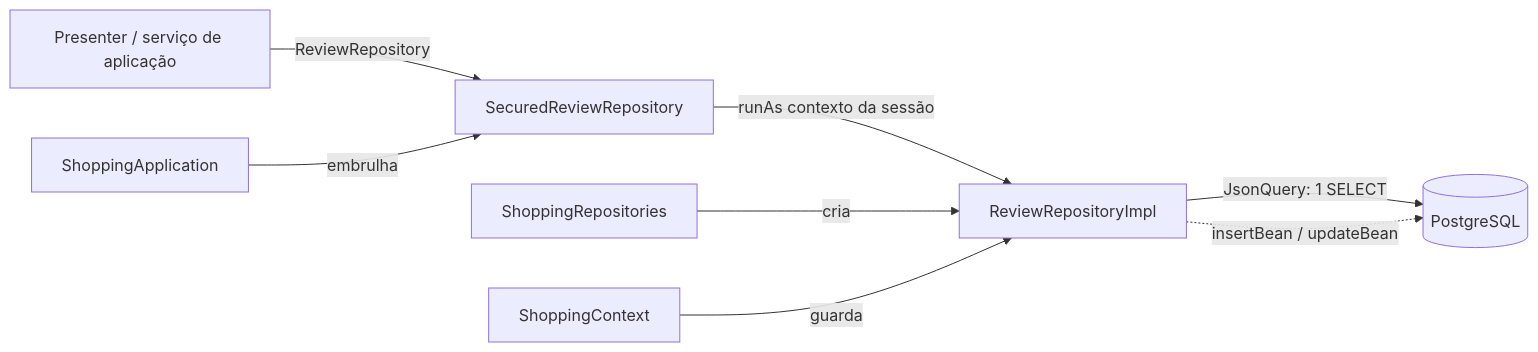
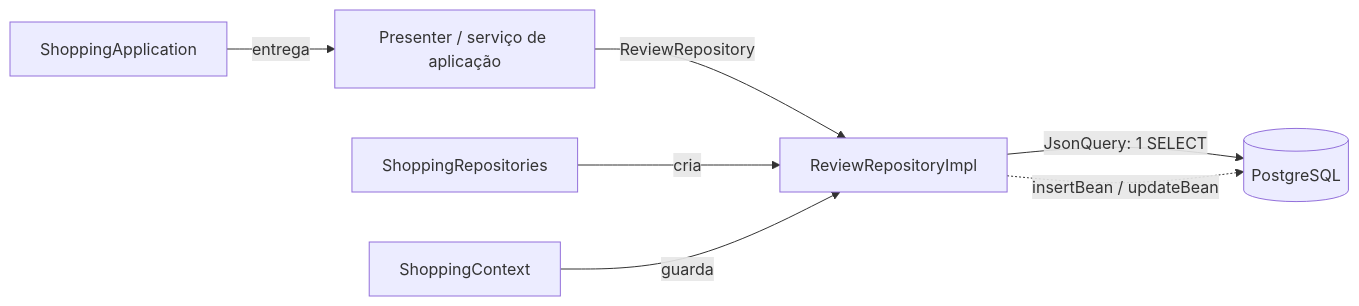
The diagram in docs/dev/repository.md (mrcdom/wdc-cube-php), drawn with Mermaid before and after one commit. The commit also changed other lines of this file and 18 other files, not shown here.

````diff
--- a/docs/dev/repository.md
+++ b/docs/dev/repository.md
@@ -46,10 +45,9 @@
 ```mermaid
 flowchart LR
-    P[Presenter / serviço de aplicação] -->|ReviewRepository| S[SecuredReviewRepository]
-    S -->|runAs contexto da sessão| I[ReviewRepositoryImpl]
+    P[Presenter / serviço de aplicação] -->|ReviewRepository| I[ReviewRepositoryImpl]
     I -->|JsonQuery: 1 SELECT| DB[(PostgreSQL)]
     I -.->|insertBean / updateBean| DB
     R[ShoppingRepositories] -->|cria| I
     C[ShoppingContext] -->|guarda| I
-    A[ShoppingApplication] -->|embrulha| S
+    A[ShoppingApplication] -->|entrega| P
 ```
````
